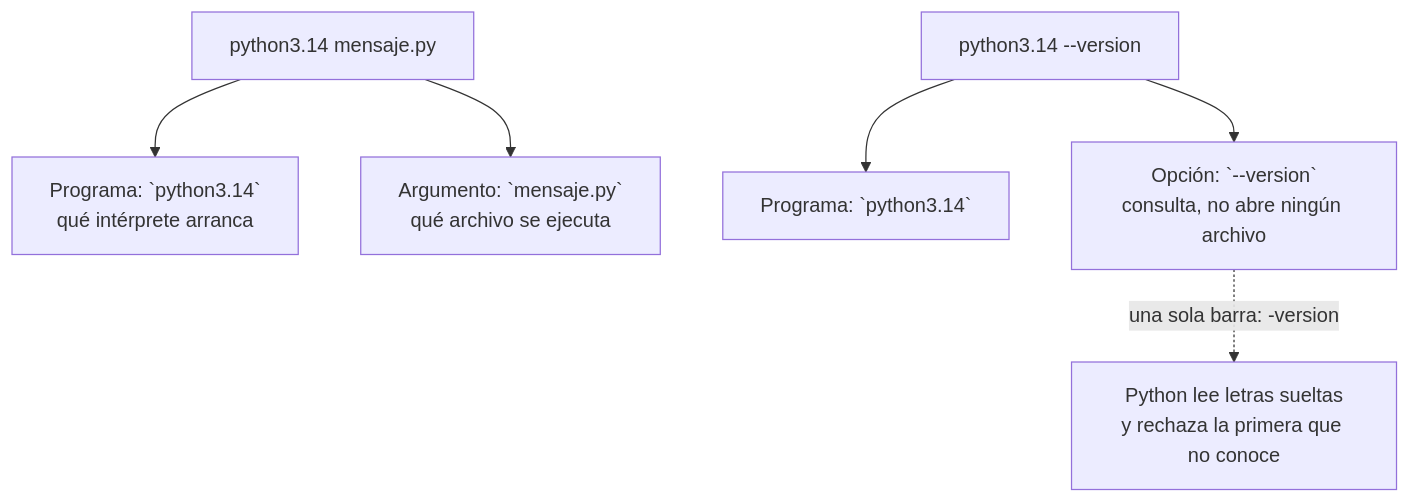
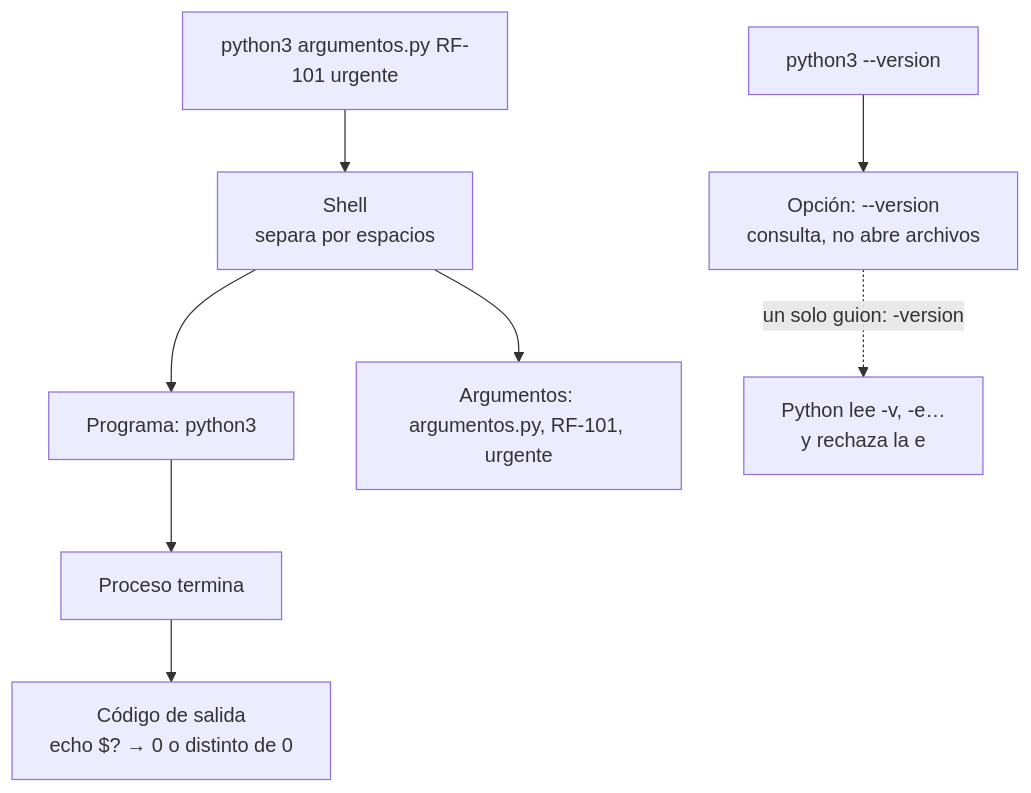
Before and after one commit to NICORUIZ93/The_Imperial_Book: the fifth of 7 diagrams in web/public/content/foundations/modulo-0.md, drawn with Mermaid. The commit also changed other lines of this file, not shown here.

````diff
--- a/web/public/content/foundations/modulo-0.md
+++ b/web/public/content/foundations/modulo-0.md
@@ -304,8 +928,10 @@
 ```mermaid
 flowchart TD
-    C["python3.14 mensaje.py"] --> P["Programa: `python3.14`<br/>qué intérprete arranca"]
-    C --> A["Argumento: `mensaje.py`<br/>qué archivo se ejecuta"]
-    V["python3.14 --version"] --> P2["Programa: `python3.14`"]
-    V --> O["Opción: `--version`<br/>consulta, no abre ningún archivo"]
-    O -.->|"una sola barra: -version"| X["Python lee letras sueltas<br/>y rechaza la primera que no conoce"]
+    C["python3 argumentos.py RF-101 urgente"] --> S["Shell<br/>separa por espacios"]
+    S --> P["Programa: python3"]
+    S --> A["Argumentos: argumentos.py, RF-101, urgente"]
+    V["python3 --version"] --> O["Opción: --version<br/>consulta, no abre archivos"]
+    O -.->|"un solo guion: -version"| X["Python lee -v, -e…<br/>y rechaza la e"]
+    P --> R["Proceso termina"]
+    R --> E["Código de salida<br/>echo $? → 0 o distinto de 0"]
 ```
````
